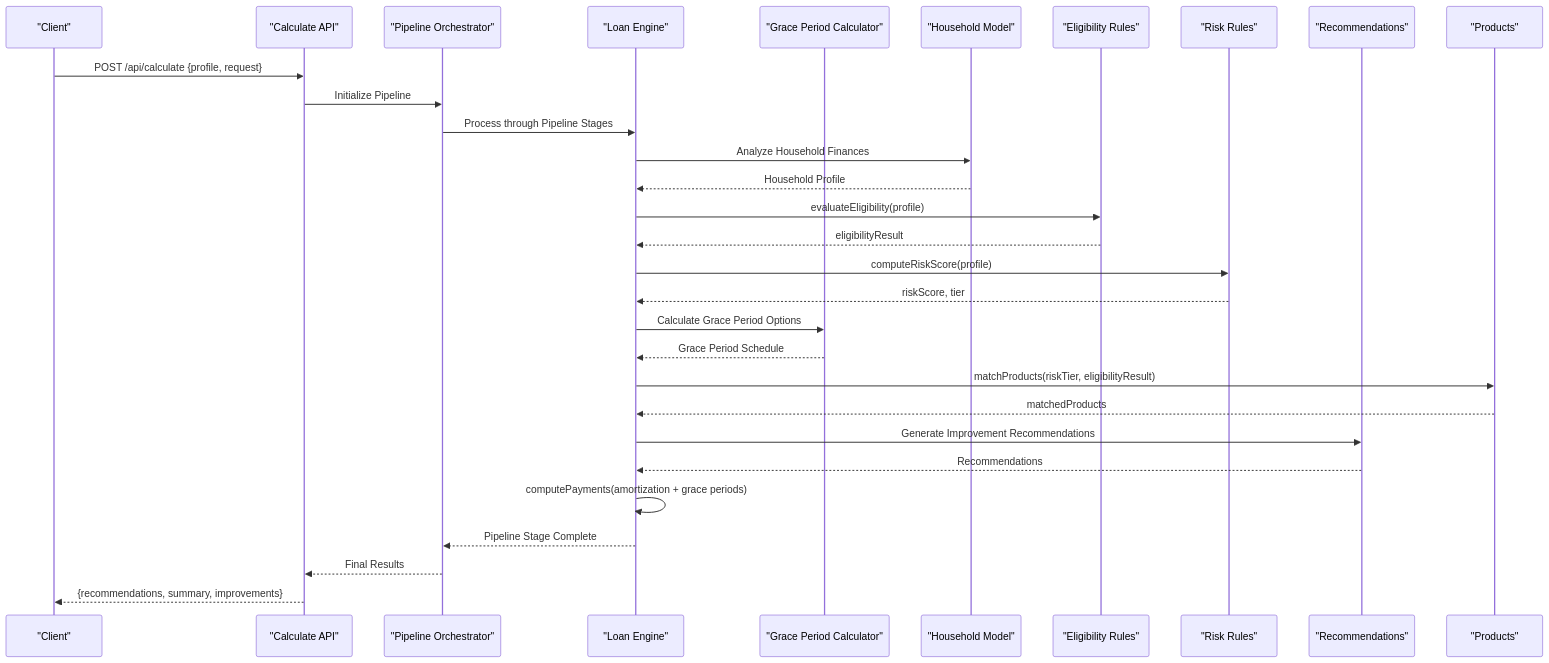
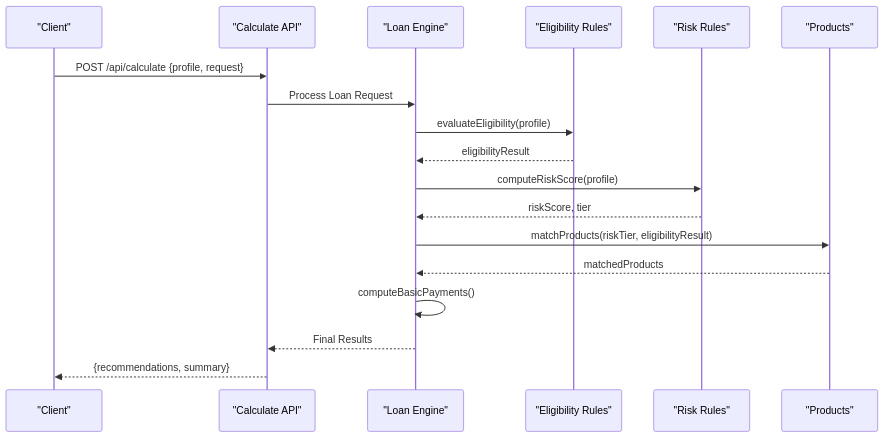
The second of 9 diagrams in .qoder/repowiki/en/content/Loan Engine/Loan Engine.md (alibaba-hackathon-fsi/frontend-vaya), drawn with Mermaid before and after one commit. The commit also changed other lines of this file and 36 other files, not shown here.

````diff
--- a/.qoder/repowiki/en/content/Loan Engine/Loan Engine.md
+++ b/.qoder/repowiki/en/content/Loan Engine/Loan Engine.md
@@ -140,32 +127,20 @@
 ```mermaid
 sequenceDiagram
 participant C as "Client"
 participant A as "Calculate API"
-participant P as "Pipeline Orchestrator"
 participant E as "Loan Engine"
-participant G as "Grace Period Calculator"
-participant H as "Household Model"
 participant R as "Eligibility Rules"
 participant K as "Risk Rules"
-participant M as "Recommendations"
 participant Q as "Products"
 C->>A : POST /api/calculate {profile, request}
-A->>P : Initialize Pipeline
-P->>E : Process through Pipeline Stages
-E->>H : Analyze Household Finances
-H-->>E : Household Profile
+A->>E : Process Loan Request
 E->>R : evaluateEligibility(profile)
 R-->>E : eligibilityResult
 E->>K : computeRiskScore(profile)
 K-->>E : riskScore, tier
-E->>G : Calculate Grace Period Options
-G-->>E : Grace Period Schedule
 E->>Q : matchProducts(riskTier, eligibilityResult)
 Q-->>E : matchedProducts
-E->>M : Generate Improvement Recommendations
-M-->>E : Recommendations
-E->>E : computePayments(amortization + grace periods)
-E-->>P : Pipeline Stage Complete
-P-->>A : Final Results
-A-->>C : {recommendations, summary, improvements}
+E->>E : computeBasicPayments()
+E-->>A : Final Results
+A-->>C : {recommendations, summary}
 ```
````
